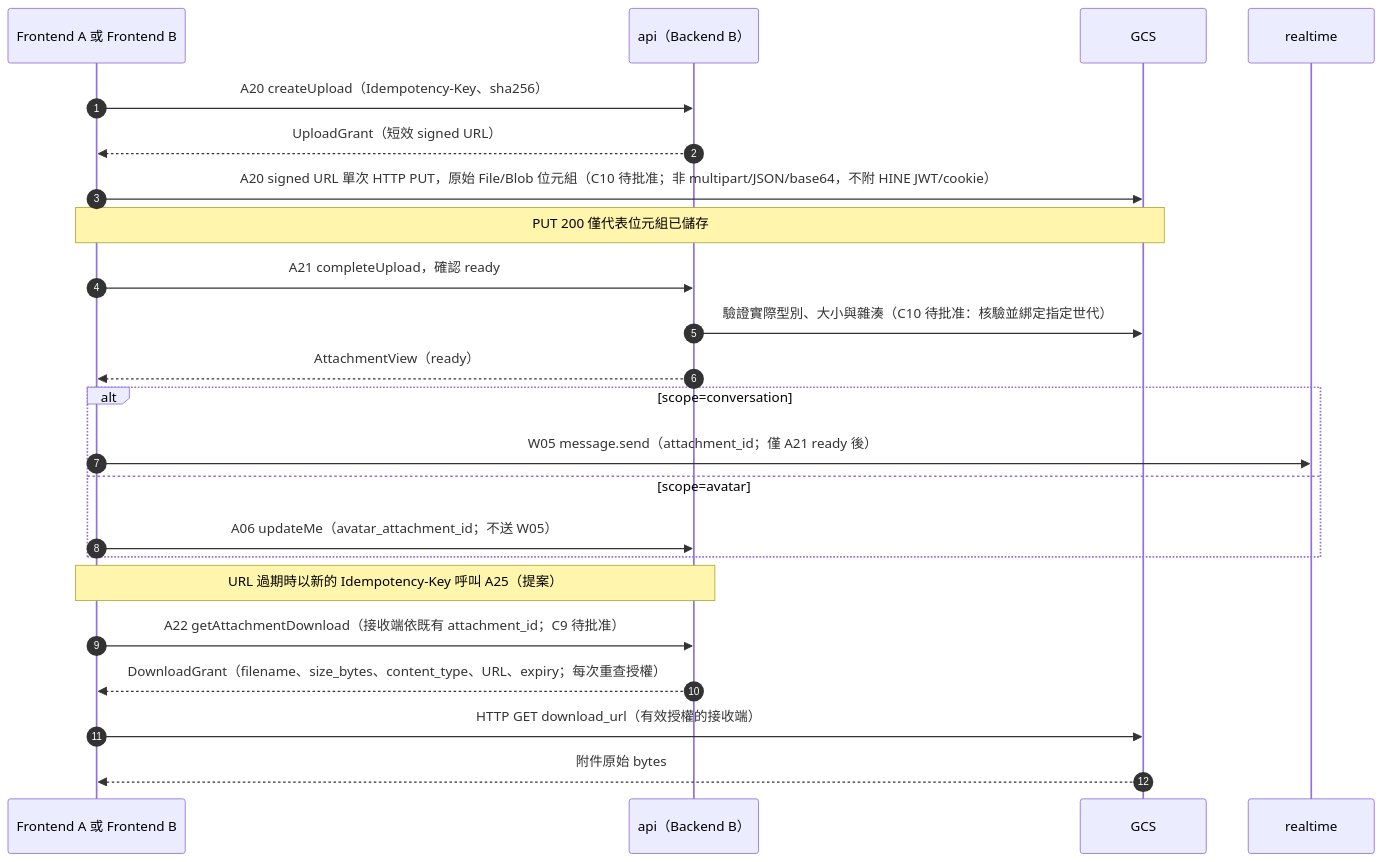
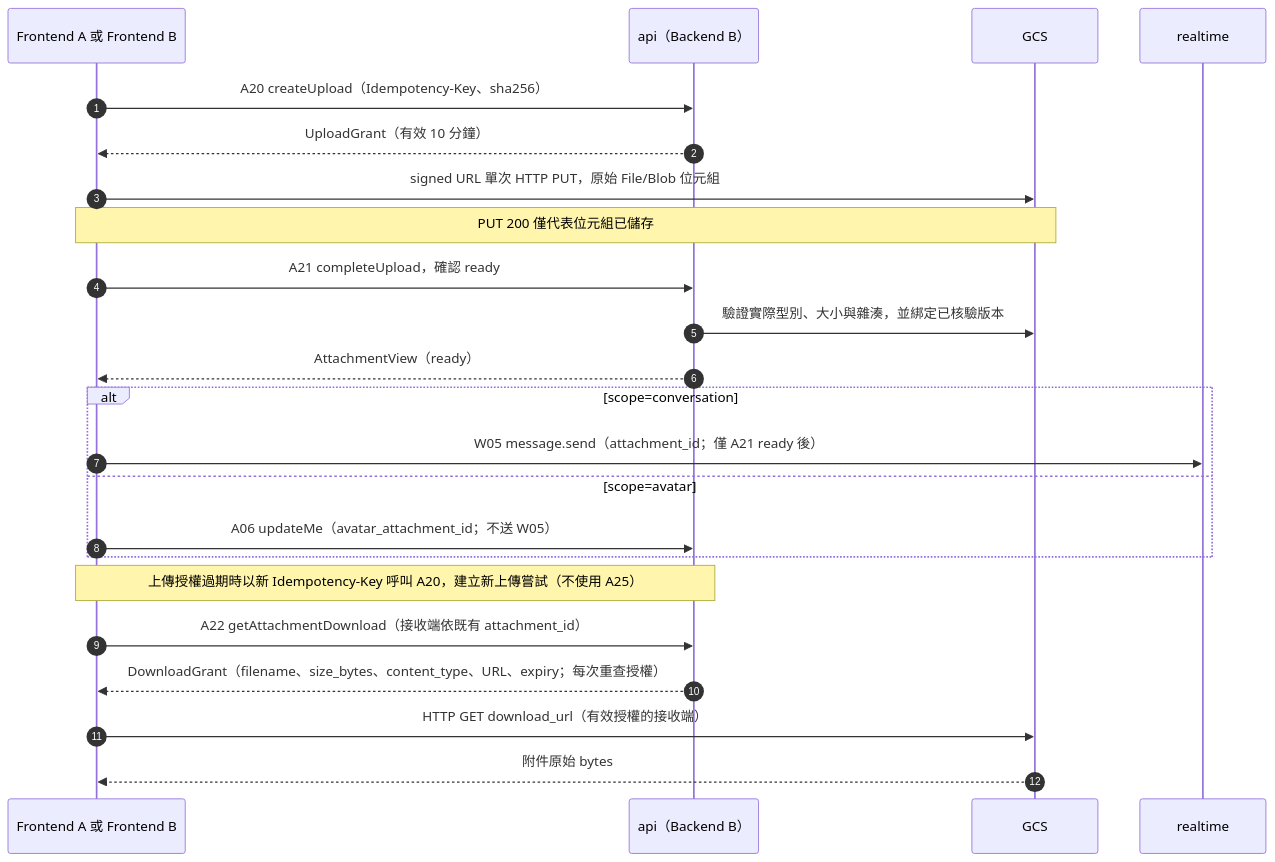
The sixth of 9 diagrams in docs/architecture/README.md (LeoCheng-space/Hine), drawn with Mermaid before and after one commit. The commit also changed other lines of this file and 24 other files, not shown here.

````diff
--- a/docs/architecture/README.md
+++ b/docs/architecture/README.md
@@ -230,25 +225,25 @@
 ```mermaid
 sequenceDiagram
   autonumber
   participant C as Frontend A 或 Frontend B
   participant B as api（Backend B）
   participant G as GCS
   participant R as realtime
   C->>B: A20 createUpload（Idempotency-Key、sha256）
-  B-->>C: UploadGrant（短效 signed URL）
-  C->>G: A20 signed URL 單次 HTTP PUT，原始 File/Blob 位元組（C10 待批准；非 multipart/JSON/base64，不附 HINE JWT/cookie）
+  B-->>C: UploadGrant（有效 10 分鐘）
+  C->>G: signed URL 單次 HTTP PUT，原始 File/Blob 位元組
   Note over C,G: PUT 200 僅代表位元組已儲存
   C->>B: A21 completeUpload，確認 ready
-  B->>G: 驗證實際型別、大小與雜湊（C10 待批准：核驗並綁定指定世代）
+  B->>G: 驗證實際型別、大小與雜湊，並綁定已核驗版本
   B-->>C: AttachmentView（ready）
   alt scope=conversation
     C->>R: W05 message.send（attachment_id；僅 A21 ready 後）
   else scope=avatar
     C->>B: A06 updateMe（avatar_attachment_id；不送 W05）
   end
-  Note over C,B: URL 過期時以新的 Idempotency-Key 呼叫 A25（提案）
-  C->>B: A22 getAttachmentDownload（接收端依既有 attachment_id；C9 待批准）
+  Note over C,B: 上傳授權過期時以新 Idempotency-Key 呼叫 A20，建立新上傳嘗試（不使用 A25）
+  C->>B: A22 getAttachmentDownload（接收端依既有 attachment_id）
   B-->>C: DownloadGrant（filename、size_bytes、content_type、URL、expiry；每次重查授權）
   C->>G: HTTP GET download_url（有效授權的接收端）
   G-->>C: 附件原始 bytes
 ```
````
